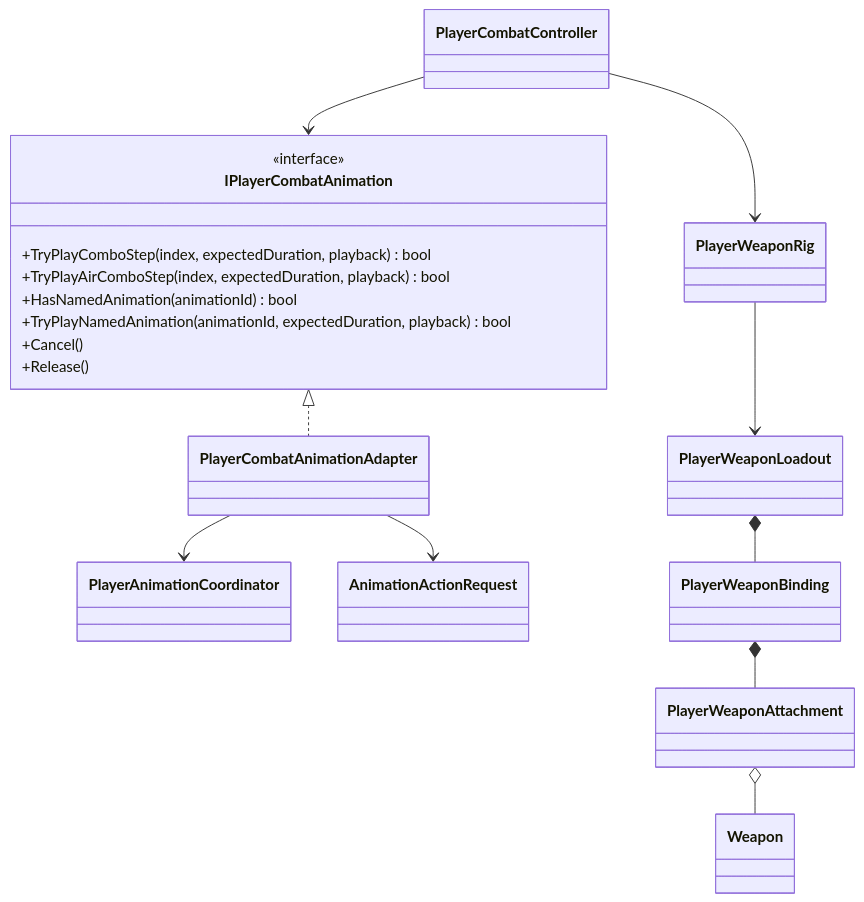
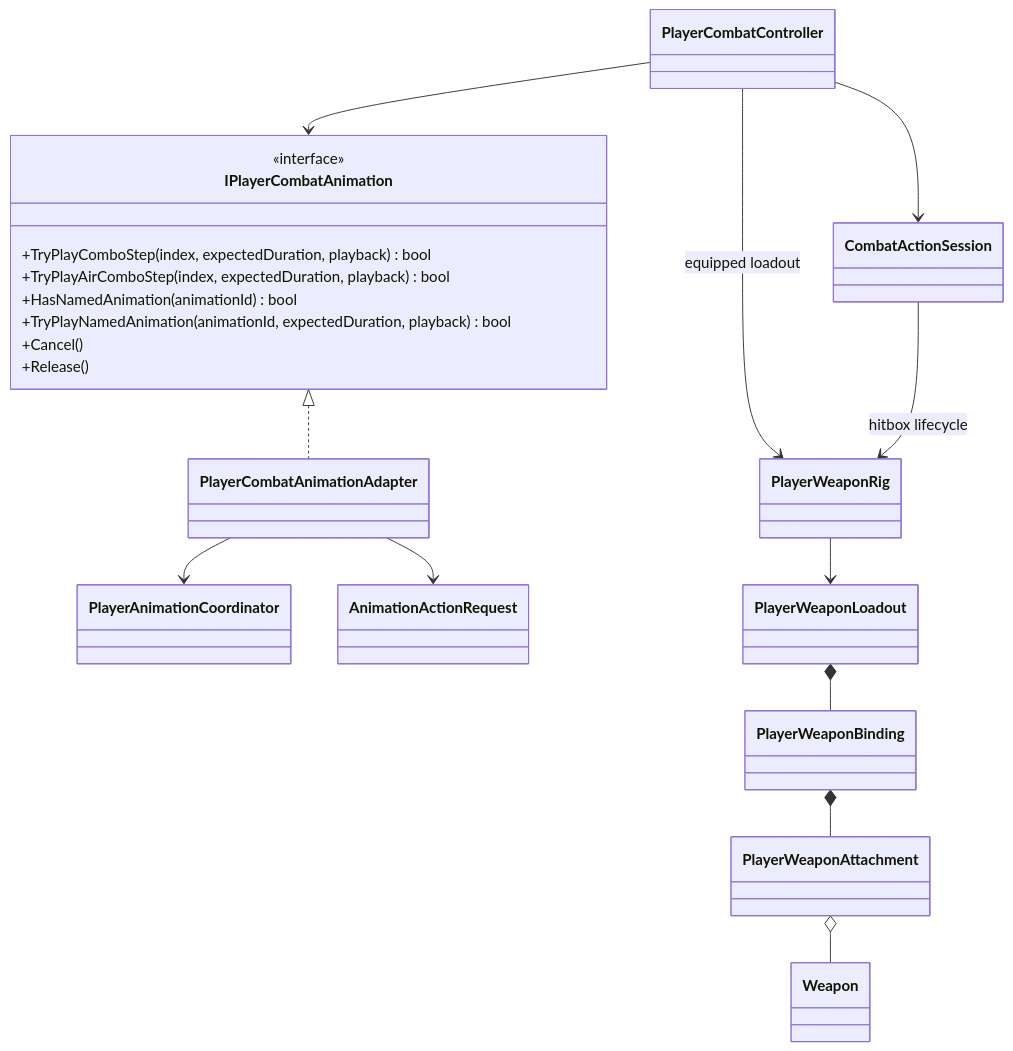
One commit to MaximFonariuc/project-s changed the diagram in Assets/_App/Core/Runtime/Combat/Player/README.md. Above: the diagram before and after it, drawn with Mermaid. The commit also changed other lines of this file and 12 other files, not shown here.

Commit message:
refactor(combat): own attack lifecycle in session

````diff
--- a/Assets/_App/Core/Runtime/Combat/Player/README.md
+++ b/Assets/_App/Core/Runtime/Combat/Player/README.md
@@ -6,31 +6,34 @@
 ```mermaid
 classDiagram
     class PlayerCombatController
+    class CombatActionSession
     class IPlayerCombatAnimation {
         <<interface>>
         +TryPlayComboStep(index, expectedDuration, playback) bool
         +TryPlayAirComboStep(index, expectedDuration, playback) bool
         +HasNamedAnimation(animationId) bool
         +TryPlayNamedAnimation(animationId, expectedDuration, playback) bool
         +Cancel()
         +Release()
     }
     class PlayerCombatAnimationAdapter
     class PlayerAnimationCoordinator
     class AnimationActionRequest
     class PlayerWeaponRig
     class PlayerWeaponLoadout
     class PlayerWeaponBinding
     class PlayerWeaponAttachment
     class Weapon
 
     PlayerCombatController --> IPlayerCombatAnimation
+    PlayerCombatController --> CombatActionSession
     IPlayerCombatAnimation <|.. PlayerCombatAnimationAdapter
     PlayerCombatAnimationAdapter --> PlayerAnimationCoordinator
     PlayerCombatAnimationAdapter --> AnimationActionRequest
-    PlayerCombatController --> PlayerWeaponRig
+    PlayerCombatController --> PlayerWeaponRig : equipped loadout
+    CombatActionSession --> PlayerWeaponRig : hitbox lifecycle
     PlayerWeaponRig --> PlayerWeaponLoadout
     PlayerWeaponLoadout *-- PlayerWeaponBinding
     PlayerWeaponBinding *-- PlayerWeaponAttachment
     PlayerWeaponAttachment o-- Weapon
 ```
````
